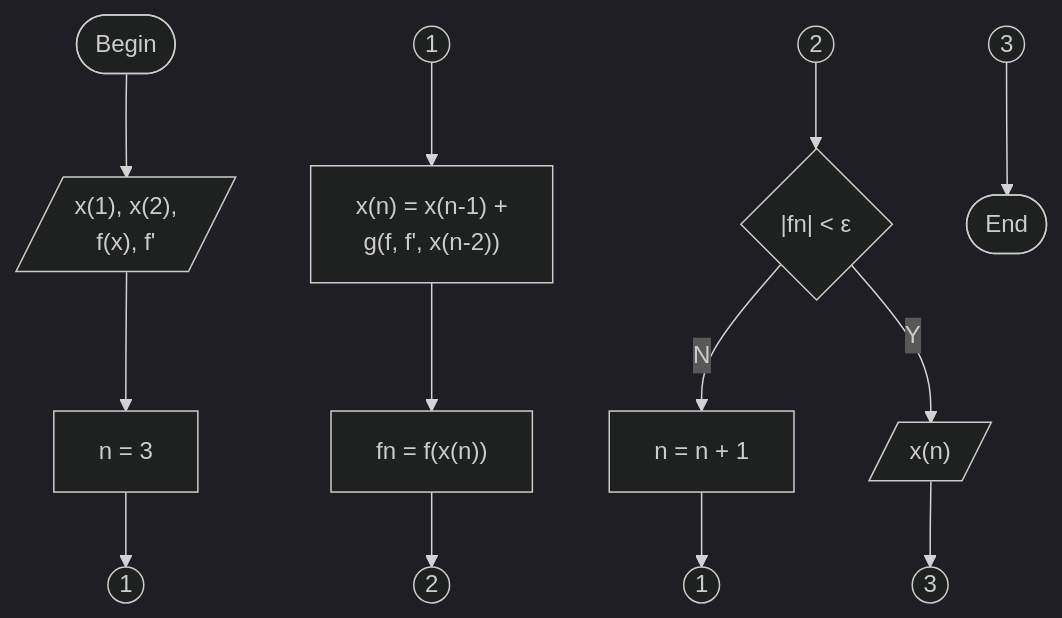
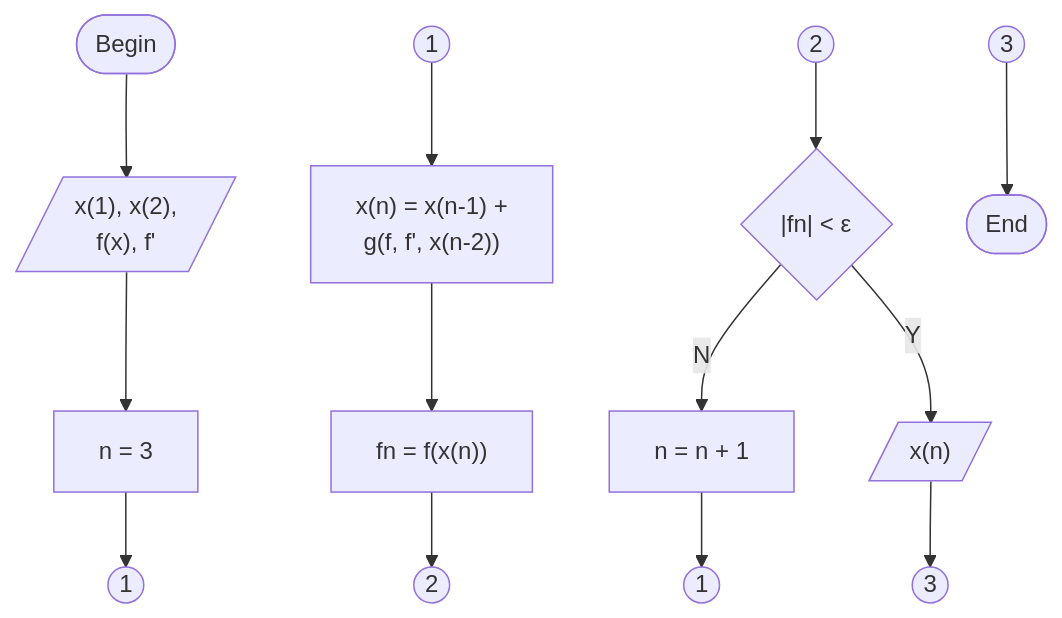
Before and after one commit to yunoooo111/lecture-notes: the diagram in content/notes/fi4002/root-finding-flowchart.md, drawn with Mermaid. The commit also changed 2 other files, not shown here.

Commit message:
uppdate post and config

```diff
--- a/content/notes/fi4002/root-finding-flowchart.md
+++ b/content/notes/fi4002/root-finding-flowchart.md
@@ -15,30 +15,24 @@
 {{< mermaid >}}
-%%{
-  init: {
-    'theme': 'dark'
-  }
-}%%
-
 flowchart TD
   B --> I --> N1 --> o1a
   o1b --> P1 --> P2 --> o2a
   o2b --> C --"N"--> N2 --> o1c
   C --"Y"--> O --> o3a
   o3b --> E
   B(["Begin"])
   I[/"x(1), x(2),<br>f(x), f'"/]
   N1["n = 3"]
   N2["n = n + 1"]
   P1["x(n) = x(n-1) +<br>g(f, f', x(n-2))"]
   P2["fn = f(x(n))"]
   C{"|fn| < &epsilon;"}
   O[/"x(n)"/]
   o1a(("1"))
   o1b(("1"))
   o1c(("1"))
   o2a(("2"))
   o2b(("2"))
   o3a(("3"))
   o3b(("3"))
   E(["End"])
 {{< /mermaid >}}
```
